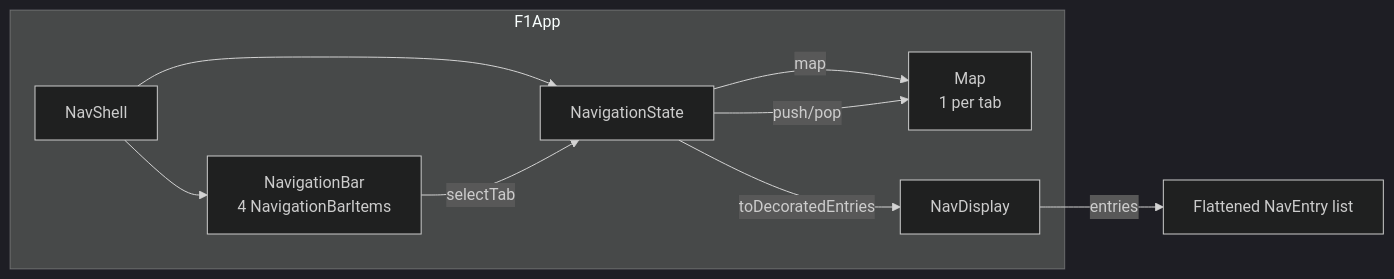
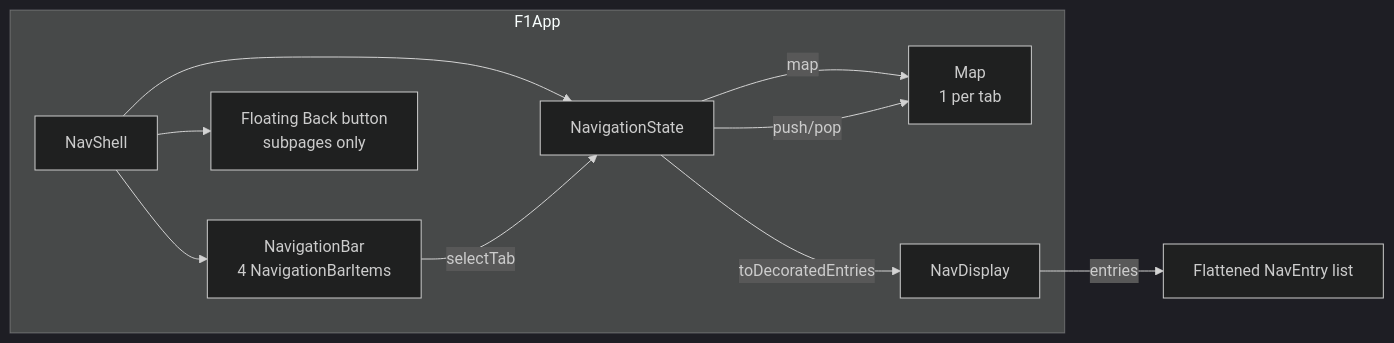
The diagram in lode/core/navigation.md (anpurnama11/my-f1-companion-app), drawn with Mermaid (dark theme) before and after one commit. The commit also changed other lines of this file and 2 other files, not shown here.

Commit message:
docs(lode): document scroll-under inset pattern and subpage back affordance

````diff
--- a/lode/core/navigation.md
+++ b/lode/core/navigation.md
@@ -11,12 +11,13 @@
 ```mermaid
 flowchart LR
   subgraph F1App
     NavShell --> BottomBar["NavigationBar\n4 NavigationBarItems"]
+    NavShell --> BackButton["Floating Back button\nsubpages only"]
     NavShell --> NavigationState
     NavigationState -->|map| Stacks["Map<Route, NavBackStack>\n1 per tab"]
     NavigationState -->|toDecoratedEntries| NavDisplay
   end
   BottomBar -->|selectTab| NavigationState
   NavigationState -->|push/pop| Stacks
   NavDisplay -->|entries| Entries["Flattened NavEntry list"]
 ```
````
